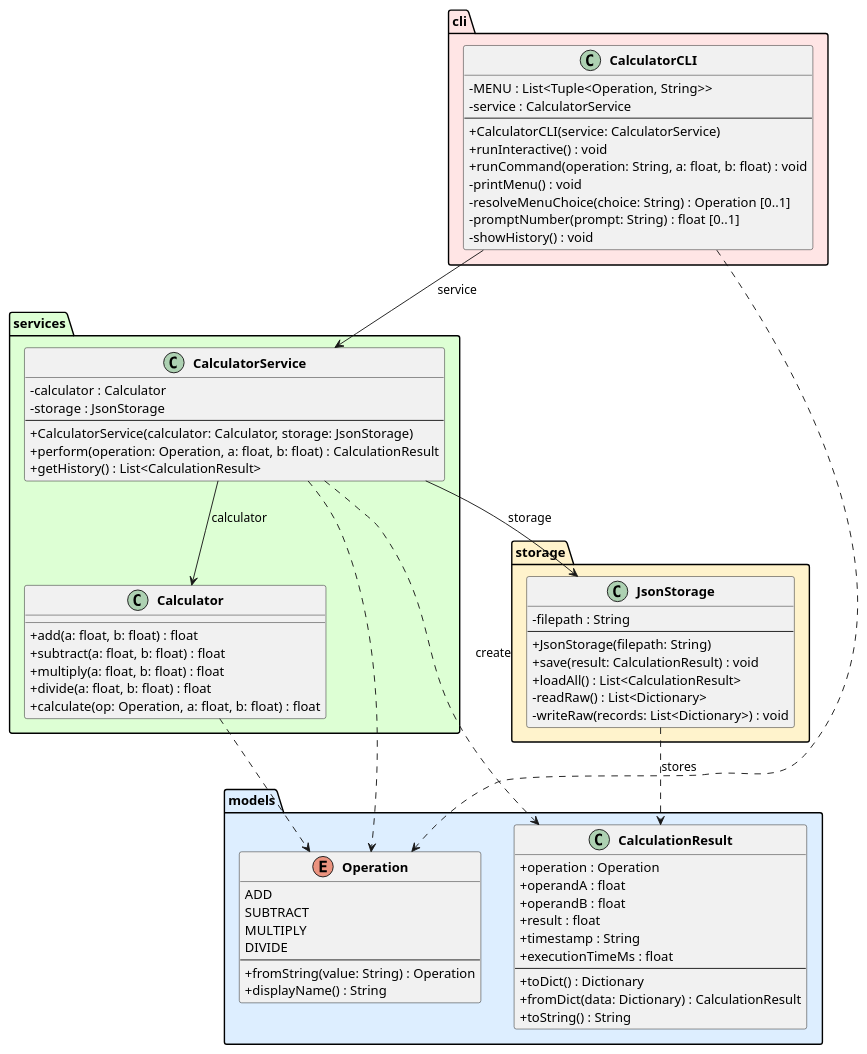
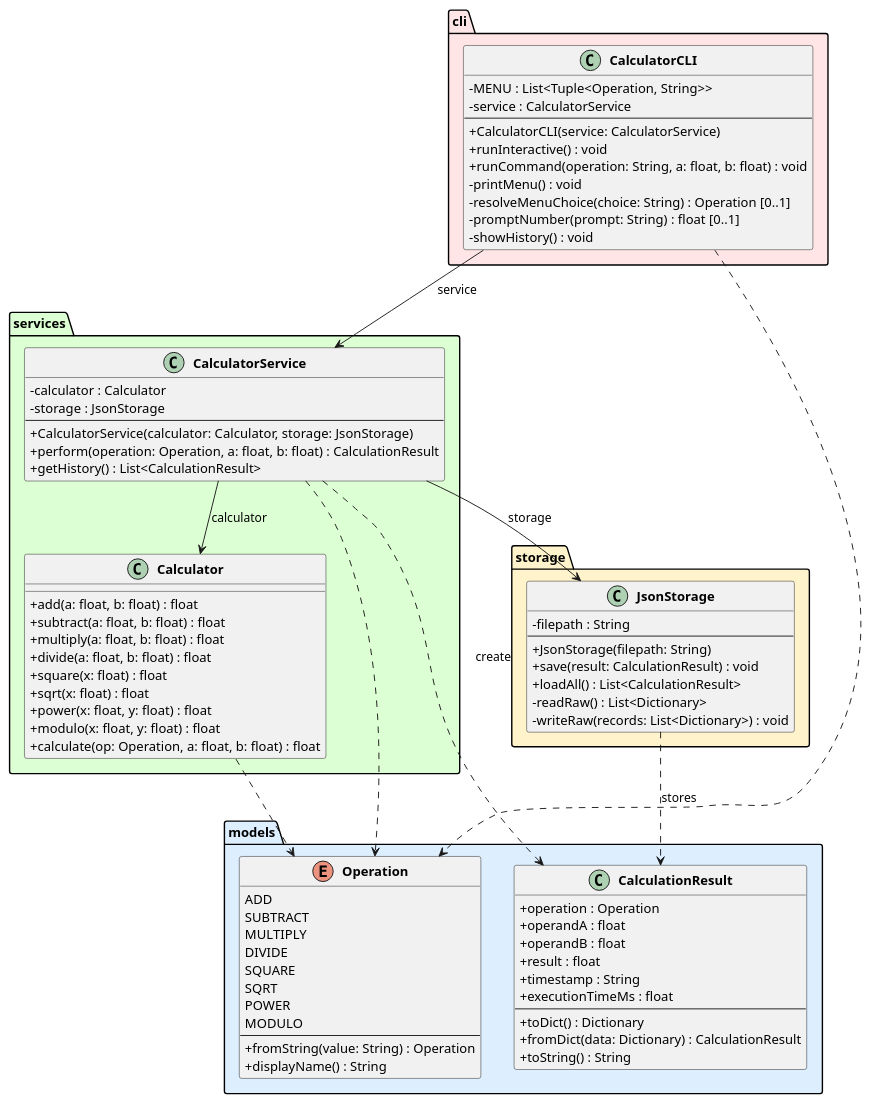
The diagram in experiments/broadcast/test_driven/calculator/artifacts/class_diagram.puml (DanielRiha8906/Software_autoevolution_using_agents), drawn with PlantUML before and after one commit.

Commit message:
Update class diagram to reflect Calculator extension with new operations.
Added four new methods to Calculator class (square, sqrt, power, modulo)
and four corresponding enum values to Operation (SQUARE, SQRT, POWER, MODULO).
Diagrams now accurately reflect the implementation with all 8 arithmetic operations.

```diff
--- a/experiments/broadcast/test_driven/calculator/artifacts/class_diagram.puml
+++ b/experiments/broadcast/test_driven/calculator/artifacts/class_diagram.puml
@@ -1,87 +1,95 @@
 @startuml class_diagram
 
 skinparam classAttributeIconSize 0
 skinparam classFontStyle bold
 
 package "models" #DDEEFF {
     enum Operation {
         ADD
         SUBTRACT
         MULTIPLY
         DIVIDE
+        SQUARE
+        SQRT
+        POWER
+        MODULO
         --
         +fromString(value: String) : Operation
         +displayName() : String
     }
 
     class CalculationResult {
         +operation : Operation
         +operandA : float
         +operandB : float
         +result : float
         +timestamp : String
         +executionTimeMs : float
         --
         +toDict() : Dictionary
         +fromDict(data: Dictionary) : CalculationResult
         +toString() : String
     }
 }
 
 package "services" #DDFFD4 {
     class Calculator {
         +add(a: float, b: float) : float
         +subtract(a: float, b: float) : float
         +multiply(a: float, b: float) : float
         +divide(a: float, b: float) : float
+        +square(x: float) : float
+        +sqrt(x: float) : float
+        +power(x: float, y: float) : float
+        +modulo(x: float, y: float) : float
         +calculate(op: Operation, a: float, b: float) : float
     }
 
     class CalculatorService {
         -calculator : Calculator
         -storage : JsonStorage
         --
         +CalculatorService(calculator: Calculator, storage: JsonStorage)
         +perform(operation: Operation, a: float, b: float) : CalculationResult
         +getHistory() : List<CalculationResult>
     }
 }
 
 package "storage" #FFF3CC {
     class JsonStorage {
         -filepath : String
         --
         +JsonStorage(filepath: String)
         +save(result: CalculationResult) : void
         +loadAll() : List<CalculationResult>
         -readRaw() : List<Dictionary>
         -writeRaw(records: List<Dictionary>) : void
     }
 }
 
 package "cli" #FFE5E5 {
     class CalculatorCLI {
         -MENU : List<Tuple<Operation, String>>
         -service : CalculatorService
         --
         +CalculatorCLI(service: CalculatorService)
         +runInteractive() : void
         +runCommand(operation: String, a: float, b: float) : void
         -printMenu() : void
         -resolveMenuChoice(choice: String) : Operation [0..1]
         -promptNumber(prompt: String) : float [0..1]
         -showHistory() : void
     }
 }
 
 CalculatorCLI --> CalculatorService : service
 CalculatorService --> Calculator : calculator
 CalculatorService --> JsonStorage : storage
 
 CalculatorService ..> CalculationResult : create
 CalculatorService ..> Operation
 CalculatorCLI ..> Operation
 Calculator ..> Operation
 JsonStorage ..> CalculationResult : stores
 
 @enduml
```
